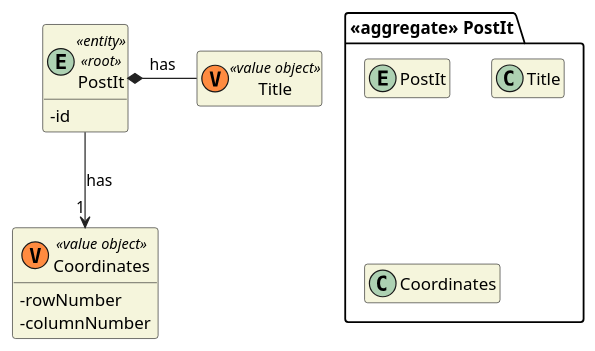
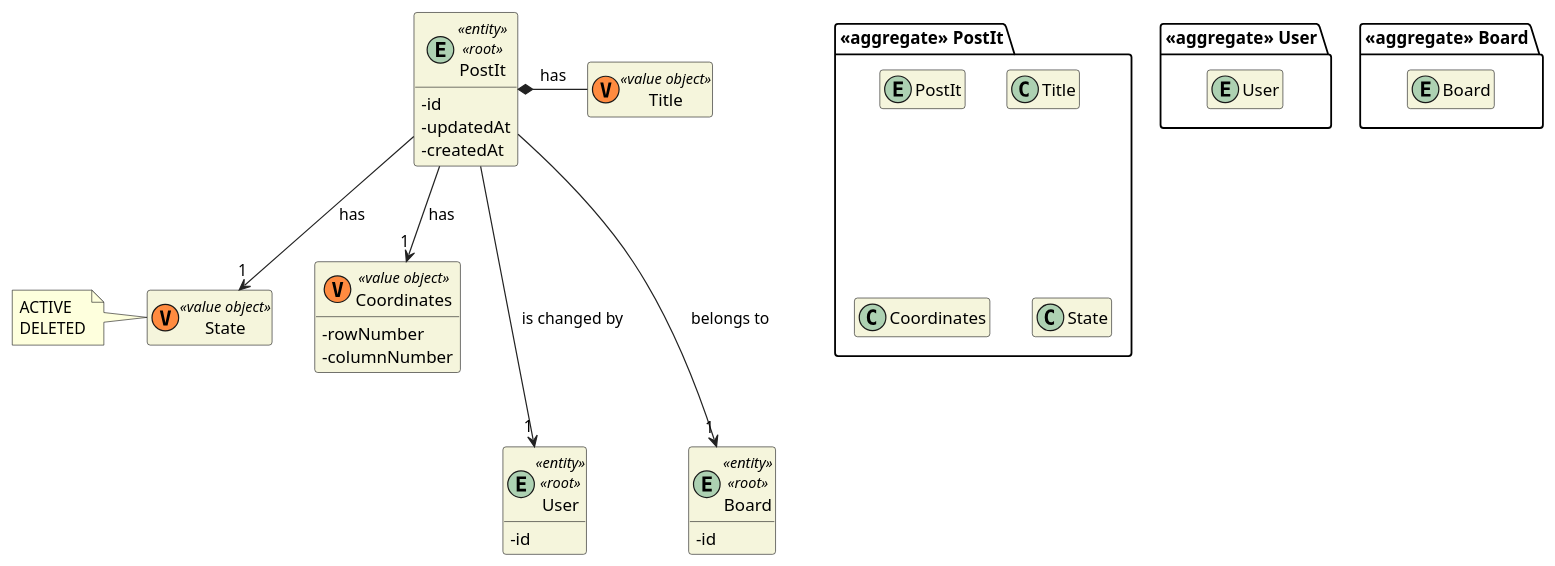
The diagram in docs/DM/DM_PostIt.puml (miseEnPlace-dev/lapr4), drawn with PlantUML before and after one commit. The commit also changed 20 other files, not shown here.

```diff
--- a/docs/DM/DM_PostIt.puml
+++ b/docs/DM/DM_PostIt.puml
@@ -1,32 +1,64 @@
 @startuml DM-POST-IT
 'https://plantuml.com/class-diagram
 
 skinparam classAttributeIconSize 0
 hide empty attributes
 hide empty methods
 skinparam classBackgroundColor beige
 skinparam ArrowColor #222222
 
 package "<<aggregate>> PostIt" {
     entity PostIt
 
     class Title
 
     class Coordinates
+
+    class State
 }
 
 entity PostIt <<entity>> <<root>>{ 
     -id 
+    - updatedAt
+    - createdAt
 }
 
 class Title <<(V,#FF8B40) value object>> {}
 
 class Coordinates <<(V,#FF8B40) value object>> {
     -rowNumber
     -columnNumber    
 }
 
+class State <<(V,#FF8B40) value object>> {
+}
+
+note left of State
+    ACTIVE
+    DELETED
+end note
+
+package "<<aggregate>> User" {
+    entity User
+}
+
+entity User <<entity>> <<root>>{ 
+    -id
+}
+
+package "<<aggregate>> Board" {
+    entity Board
+}
+
+entity Board <<entity>> <<root>>{ 
+    -id
+}
+
 PostIt *- Title : has
 PostIt --> "1" Coordinates : has
+PostIt --> "1" State : has
+
+PostIt ---> "1" User : is changed by
+PostIt ---> "1" Board : belongs to
 
 @enduml
```
